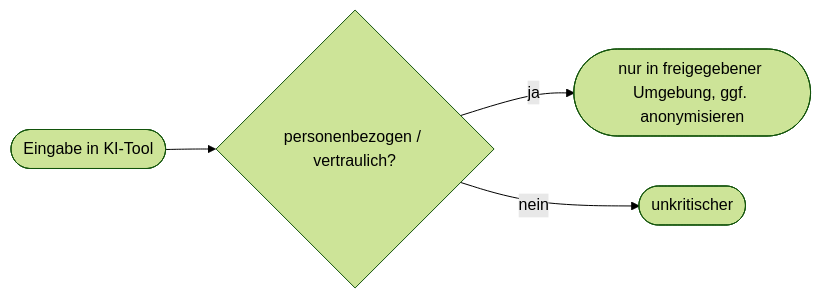
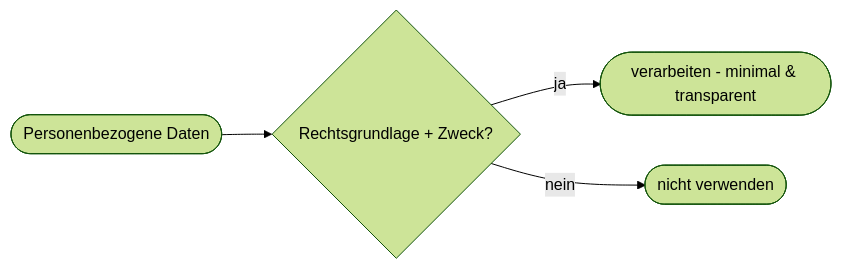
Before and after one commit to Qualidy/Prompt-Engineering-KI-in-der-Arbeitswelt: the diagram in docs/content/kapitel33.md, drawn with Mermaid (forest theme). The commit also changed other lines of this file and 80 other files, not shown here.

````diff
--- a/docs/content/kapitel33.md
+++ b/docs/content/kapitel33.md
@@ -40,6 +39,6 @@
 ```mermaid
 flowchart LR
-    A([Eingabe in KI-Tool]) --> B{personenbezogen / vertraulich?}
-    B -->|ja| C([nur in freigegebener Umgebung, ggf. anonymisieren])
-    B -->|nein| D([unkritischer]) 
+    A([Personenbezogene Daten]) --> B{Rechtsgrundlage + Zweck?}
+    B -->|ja| C([verarbeiten - minimal & transparent])
+    B -->|nein| D([nicht verwenden])
 ```
````
